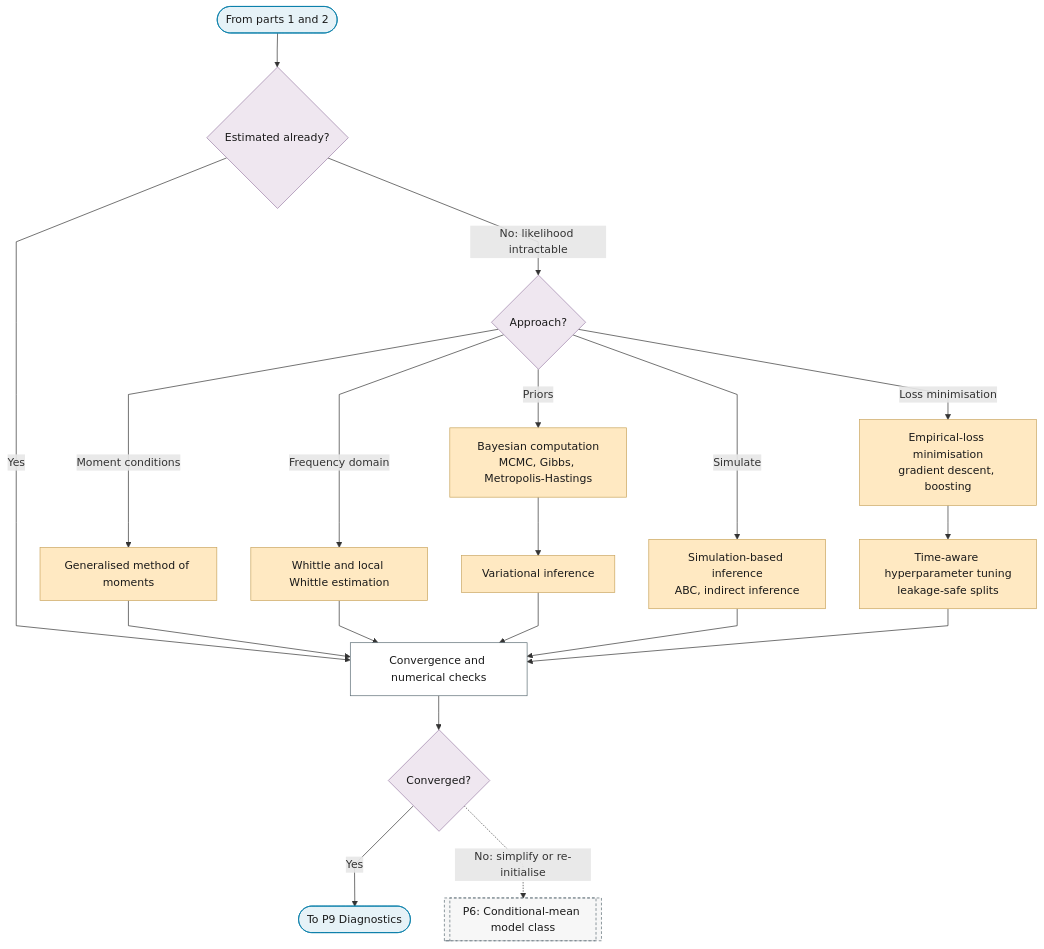
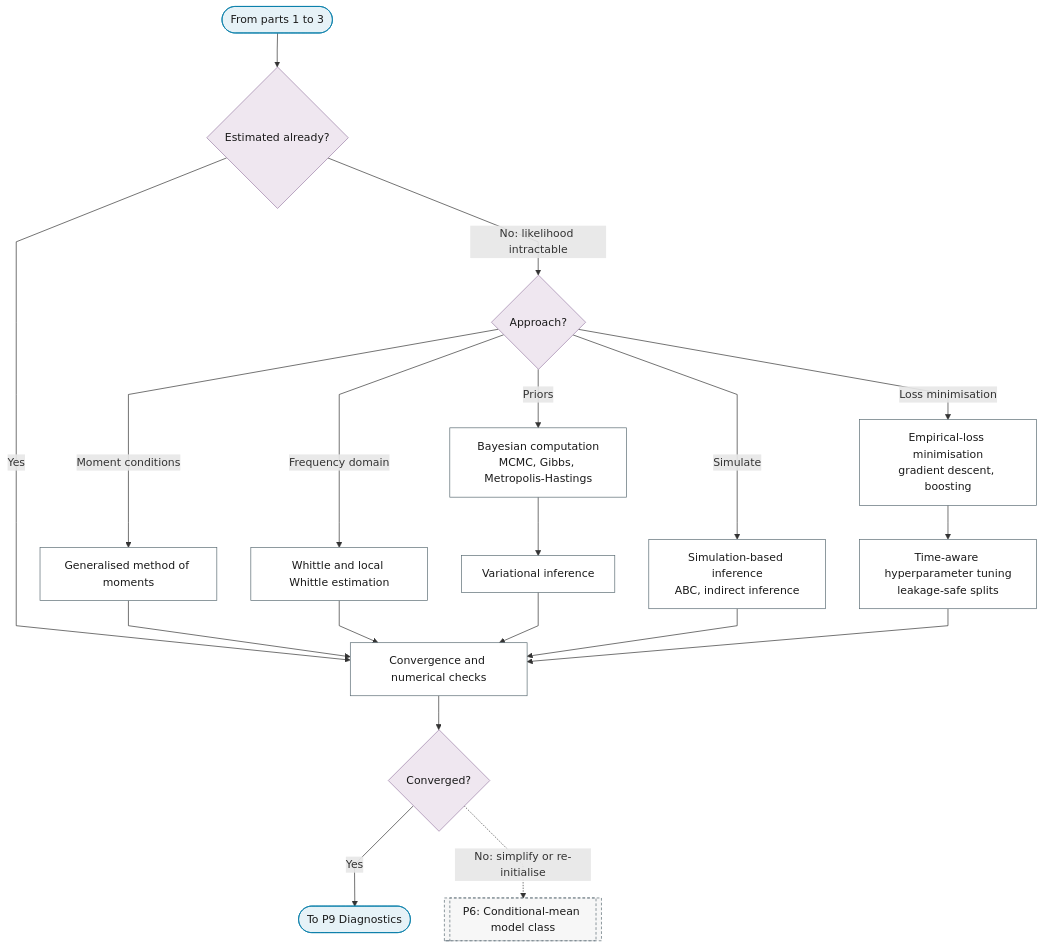
Before and after one commit to Shuxin-Y/time-series-analysis-manual: the fourth of 4 diagrams in docs/01-workflow/p08-estimation.md, drawn with Mermaid. The commit also changed other lines of this file and 34 other files, not shown here.

````diff
--- a/docs/01-workflow/p08-estimation.md
+++ b/docs/01-workflow/p08-estimation.md
@@ -75,32 +95,30 @@
 ```mermaid
 %%{init: {"flowchart": {"curve": "linear"}}}%%
 graph TD
-    P8_FROM_PART_2(["From parts 1 and 2"]) --> P8_ESTIMATED{"Estimated already?"}
+    P8_PART_4_IN(["From parts 1 to 3"]) --> P8_ESTIMATED{"Estimated already?"}
     P8_ESTIMATED -->|"No: likelihood intractable"| P8_INTRACTABLE{"Approach?"}
     P8_ESTIMATED -->|"Yes"| P8_CONVERGENCE
     P8_INTRACTABLE -->|"Moment conditions"| P8_GMM["Generalised method of moments"]
     P8_INTRACTABLE -->|"Frequency domain"| P8_WHITTLE["Whittle and local Whittle estimation"]
     P8_INTRACTABLE -->|"Priors"| P8_MCMC["Bayesian computation<br/>MCMC, Gibbs, Metropolis-Hastings"]
     P8_INTRACTABLE -->|"Simulate"| P8_SIMULATION_INFERENCE["Simulation-based inference<br/>ABC, indirect inference"]
     P8_INTRACTABLE -->|"Loss minimisation"| P8_EMPIRICAL_LOSS["Empirical-loss minimisation<br/>gradient descent, boosting"]
     P8_MCMC --> P8_VARIATIONAL["Variational inference"]
     P8_EMPIRICAL_LOSS --> P8_HYPERPARAMETERS["Time-aware hyperparameter tuning<br/>leakage-safe splits"]
     P8_GMM & P8_WHITTLE & P8_VARIATIONAL & P8_SIMULATION_INFERENCE & P8_HYPERPARAMETERS --> P8_CONVERGENCE["Convergence and numerical checks"]
     P8_CONVERGENCE --> P8_CONVERGED{"Converged?"}
     P8_CONVERGED -->|"Yes"| P8_OUT(["To P9 Diagnostics"])
     P8_CONVERGED -.->|"No: simplify or re-initialise"| P6[["P6: Conditional-mean model class"]]
-    class P8_FROM_PART_2,P8_OUT terminator
-    class P8_INTRACTABLE,P8_CONVERGED decision
-    class P8_GMM,P8_WHITTLE,P8_MCMC,P8_VARIATIONAL,P8_SIMULATION_INFERENCE,P8_EMPIRICAL_LOSS,P8_HYPERPARAMETERS escalate
-    class P8_CONVERGENCE process
+    class P8_PART_4_IN,P8_OUT terminator
+    class P8_ESTIMATED,P8_INTRACTABLE,P8_CONVERGED decision
+    class P8_GMM,P8_WHITTLE,P8_MCMC,P8_SIMULATION_INFERENCE,P8_EMPIRICAL_LOSS,P8_VARIATIONAL,P8_HYPERPARAMETERS,P8_CONVERGENCE process
     class P6 ref
-    class P8_ESTIMATED decision
     classDef terminator fill:#E6F2F7,stroke:#007BA7,color:#1A1A1A;
     classDef process fill:#FFFFFF,stroke:#5A6B73,color:#1A1A1A;
     classDef decision fill:#EFE7F0,stroke:#9B7FA7,color:#1A1A1A;
     classDef data fill:#FFF4E0,stroke:#C9A55E,color:#1A1A1A;
     classDef good fill:#DCEFD8,stroke:#4A7A3F,color:#1A1A1A;
     classDef escalate fill:#FFE9C2,stroke:#C9A55E,color:#1A1A1A;
     classDef problem fill:#F2D9DE,stroke:#800020,color:#1A1A1A;
     classDef ref fill:#F7F7F7,stroke:#5A6B73,color:#1A1A1A,stroke-dasharray:4 3;
 ```
````
